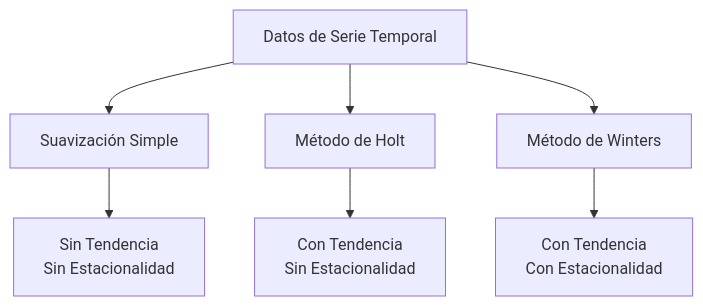
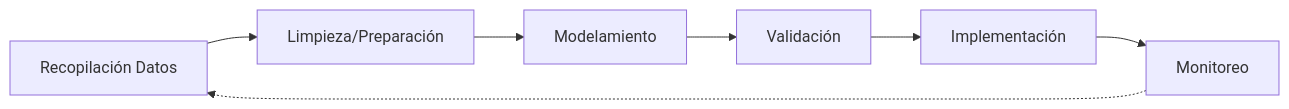
One commit to FCamaggi/gop-wiki changed the fifth of 5 diagrams in public/content/clases/05-resumen-pronosticos-2025.04.03.md. Above: the diagram before and after it, drawn with Mermaid. The commit also changed other lines of this file and 36 other files, not shown here.

````diff
--- a/public/content/clases/05-resumen-pronosticos-2025.04.03.md
+++ b/public/content/clases/05-resumen-pronosticos-2025.04.03.md
@@ -50,9 +313,9 @@
 ```mermaid
-graph TD
-    A[Datos de Serie Temporal] --> B[Suavización Simple]
-    A --> C[Método de Holt]
-    A --> D[Método de Winters]
-    B --> E[Sin Tendencia<br/>Sin Estacionalidad]
-    C --> F[Con Tendencia<br/>Sin Estacionalidad]
-    D --> G[Con Tendencia<br/>Con Estacionalidad]
+graph LR
+    A[Recopilación Datos] --> B[Limpieza/Preparación]
+    B --> C[Modelamiento]
+    C --> D[Validación]
+    D --> E[Implementación]
+    E --> F[Monitoreo]
+    F -.-> A
 ```
````
